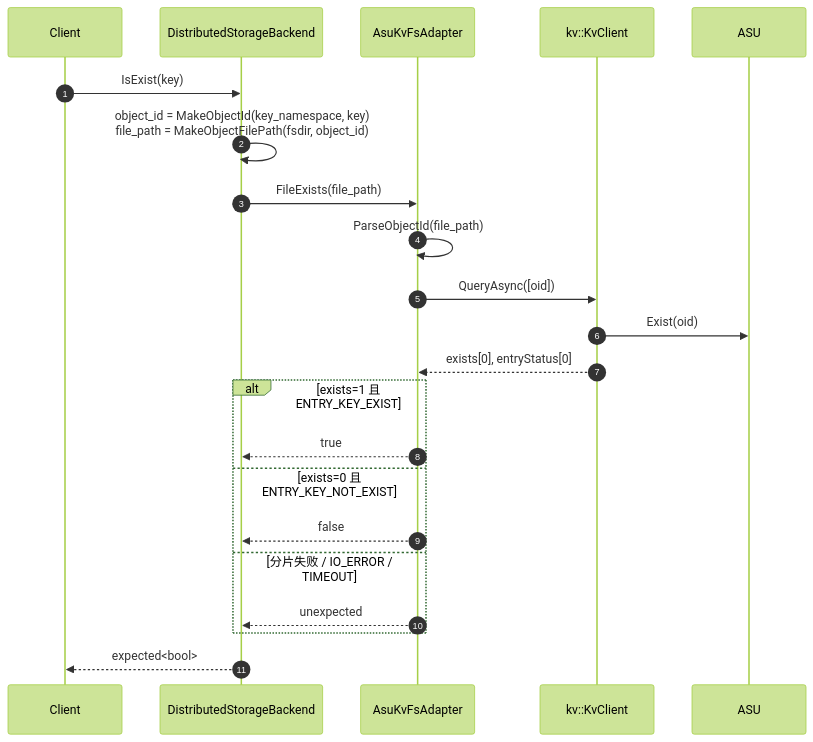
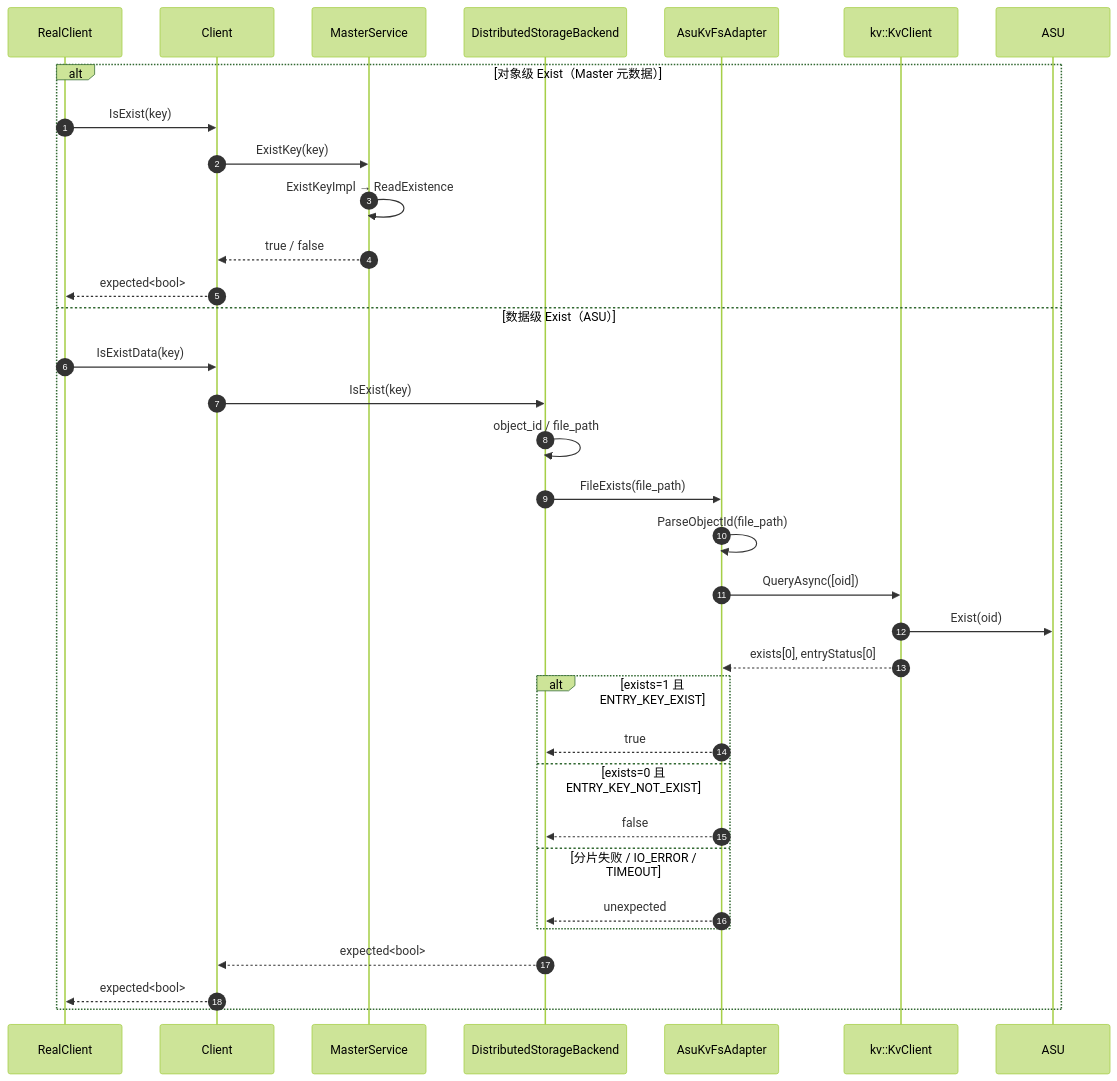
One commit to zwj20000328-dotcom/Mooncake-documents changed the seventh of 10 diagrams in asu-dfs-per-object-file-design.md. Above: the diagram before and after it, drawn with Mermaid (forest theme). The commit also changed other lines of this file, not shown here.

Commit message:
modified:   asu-dfs-per-object-file-design.md

````diff
--- a/asu-dfs-per-object-file-design.md
+++ b/asu-dfs-per-object-file-design.md
@@ -628,27 +410,37 @@
 ```mermaid
 sequenceDiagram
     autonumber
+    participant RC as RealClient
     participant C as Client
+    participant MS as MasterService
     participant BE as DistributedStorageBackend
     participant AD as AsuKvFsAdapter
     participant KC as kv::KvClient
     participant ASU as ASU
 
-    C->>BE: IsExist(key)
-    BE->>BE: object_id = MakeObjectId(key_namespace, key)<br/>file_path = MakeObjectFilePath(fsdir, object_id)
-    BE->>AD: FileExists(file_path)
-    AD->>AD: ParseObjectId(file_path)
-    AD->>KC: QueryAsync([oid])
-    KC->>ASU: Exist(oid)
-    KC-->>AD: exists[0], entryStatus[0]
-
-    alt exists=1 且 ENTRY_KEY_EXIST
-        AD-->>BE: true
-    else exists=0 且 ENTRY_KEY_NOT_EXIST
-        AD-->>BE: false
-    else 分片失败 / IO_ERROR / TIMEOUT
-        AD-->>BE: unexpected
+    alt 对象级 Exist（Master 元数据）
+        RC->>C: IsExist(key)
+        C->>MS: ExistKey(key)
+        MS->>MS: ExistKeyImpl → ReadExistence
+        MS-->>C: true / false
+        C-->>RC: expected<bool>
+    else 数据级 Exist（ASU）
+        RC->>C: IsExistData(key)
+        C->>BE: IsExist(key)
+        BE->>BE: object_id / file_path
+        BE->>AD: FileExists(file_path)
+        AD->>AD: ParseObjectId(file_path)
+        AD->>KC: QueryAsync([oid])
+        KC->>ASU: Exist(oid)
+        KC-->>AD: exists[0], entryStatus[0]
+        alt exists=1 且 ENTRY_KEY_EXIST
+            AD-->>BE: true
+        else exists=0 且 ENTRY_KEY_NOT_EXIST
+            AD-->>BE: false
+        else 分片失败 / IO_ERROR / TIMEOUT
+            AD-->>BE: unexpected
+        end
+        BE-->>C: expected<bool>
+        C-->>RC: expected<bool>
     end
-
-    BE-->>C: expected<bool>
 ```
````
